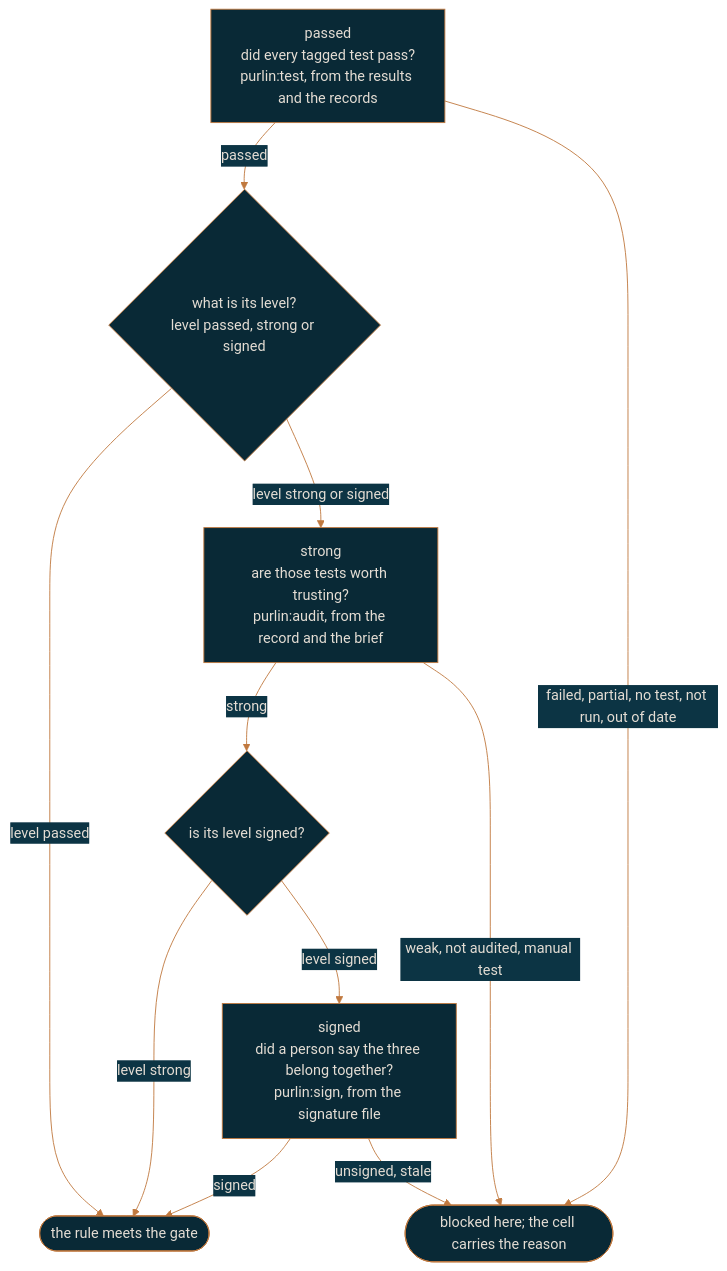
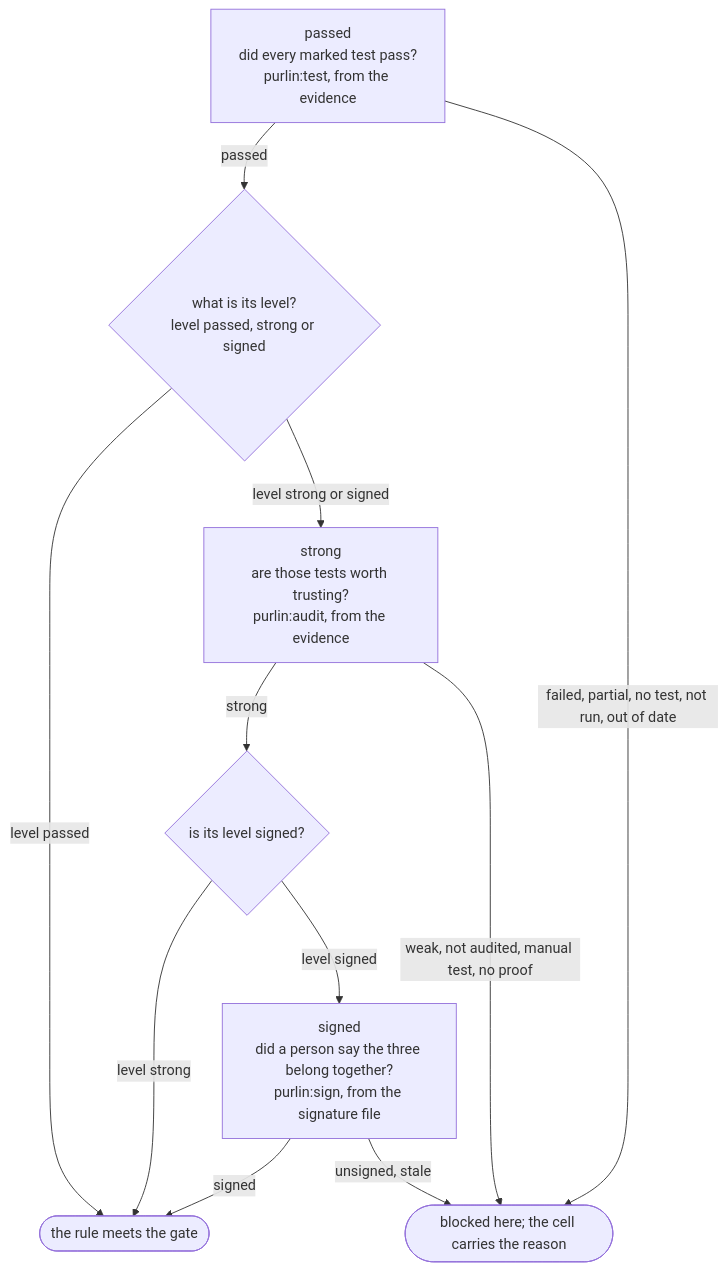
Before and after one commit to rlabarca/purlin: the diagram in docs/how-purlin-works.md, drawn with Mermaid. The commit also changed other lines of this file and 4 other files, not shown here.

````diff
--- a/docs/how-purlin-works.md
+++ b/docs/how-purlin-works.md
@@ -11,22 +11,21 @@
 ```mermaid
-%%{init: {"theme": "base", "themeVariables": {"background": "#0C3444", "primaryColor": "#092936", "primaryTextColor": "#E4DDD4", "primaryBorderColor": "#C0793F", "lineColor": "#C0793F", "secondaryColor": "#0C3444", "tertiaryColor": "#092936", "fontFamily": "Arial", "textColor": "#E4DDD4"}}}%%
 flowchart TD
-    Q1["passed<br>did every tagged test pass?<br>purlin:test, from the results and the records"]
-    Q2["strong<br>are those tests worth trusting?<br>purlin:audit, from the record and the brief"]
+    Q1["passed<br>did every marked test pass?<br>purlin:test, from the evidence"]
+    Q2["strong<br>are those tests worth trusting?<br>purlin:audit, from the evidence"]
     Q3["signed<br>did a person say the three belong together?<br>purlin:sign, from the signature file"]
     Lvl{"what is its level?<br>level passed, strong or signed"}
     Sig{"is its level signed?"}
     Met(["the rule meets the gate"])
     Stop(["blocked here; the cell carries the reason"])
 
     Q1 -->|passed| Lvl
     Lvl -->|"level passed"| Met
     Lvl -->|"level strong or signed"| Q2
     Q2 -->|strong| Sig
     Sig -->|"level strong"| Met
     Sig -->|"level signed"| Q3
     Q3 -->|signed| Met
     Q1 -->|"failed, partial, no test, not run, out of date"| Stop
-    Q2 -->|"weak, not audited, manual test"| Stop
+    Q2 -->|"weak, not audited, manual test, no proof"| Stop
     Q3 -->|"unsigned, stale"| Stop
 ```
````
